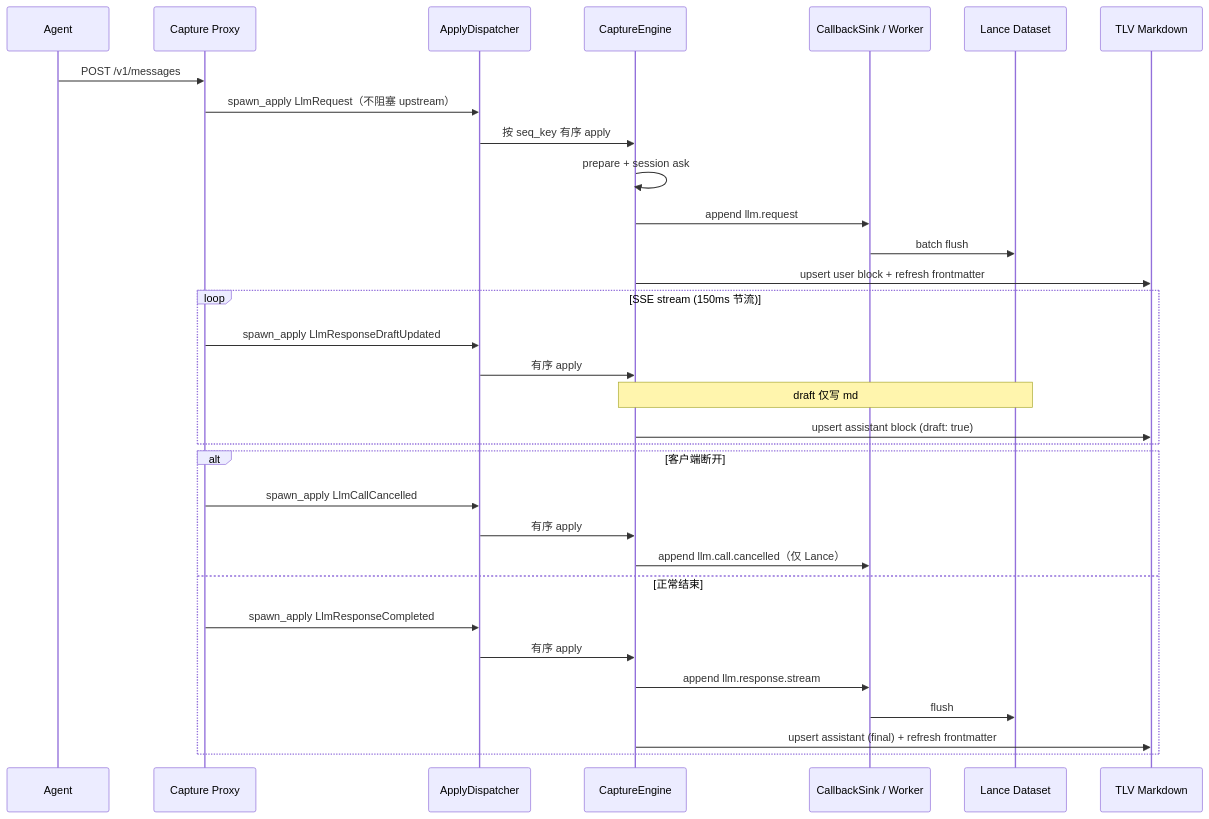
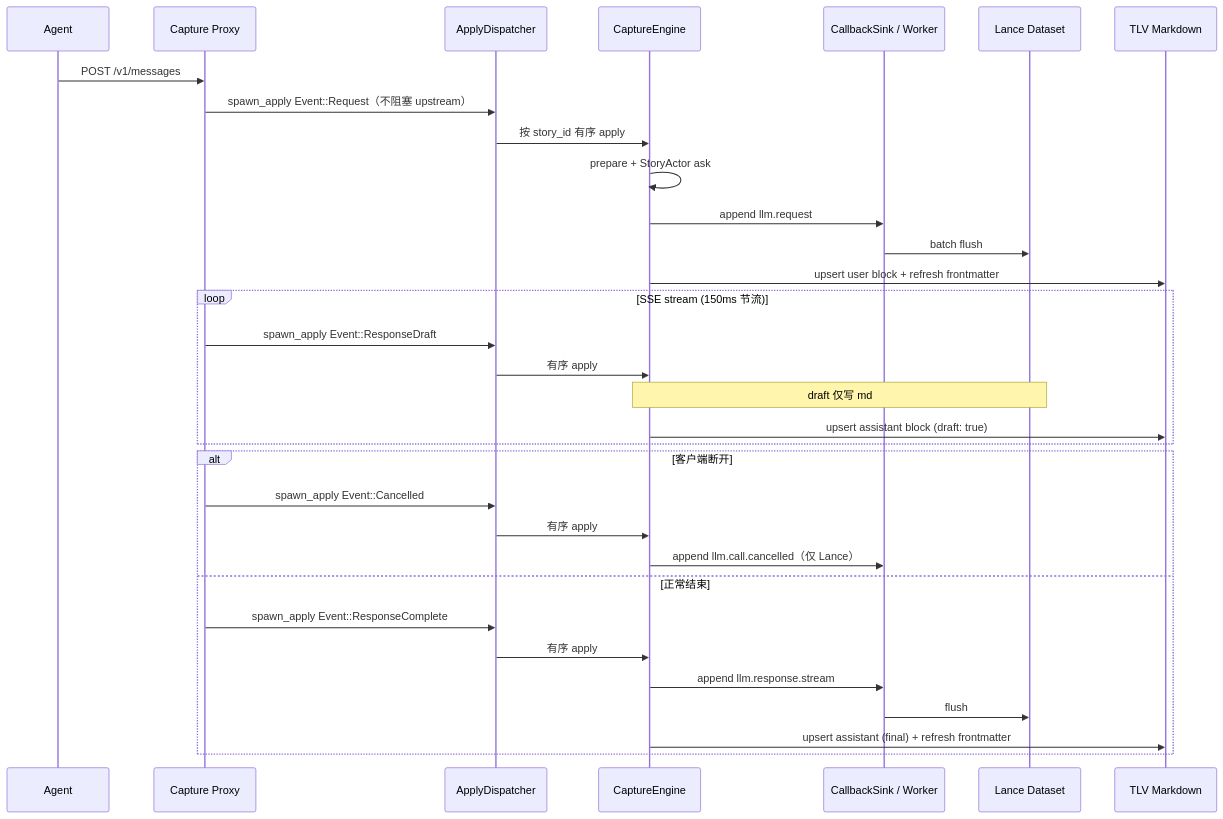
One commit to DeepLink-org/Persisting changed the second of 5 diagrams in docs/src/design/trajectory_storage.zh.md. Above: the diagram before and after it, drawn with Mermaid. The commit also changed other lines of this file and 43 other files, not shown here.

````diff
--- a/docs/src/design/trajectory_storage.zh.md
+++ b/docs/src/design/trajectory_storage.zh.md
@@ -103,38 +105,38 @@
 ```mermaid
 sequenceDiagram
     participant Agent
     participant Proxy as Capture Proxy
     participant Queue as ApplyDispatcher
     participant Engine as CaptureEngine
     participant Sink as CallbackSink / Worker
     participant Lance as Lance Dataset
     participant MD as TLV Markdown
 
     Agent->>Proxy: POST /v1/messages
 
-    Proxy->>Queue: spawn_apply LlmRequest（不阻塞 upstream）
-    Queue->>Engine: 按 seq_key 有序 apply
-    Engine->>Engine: prepare + session ask
+    Proxy->>Queue: spawn_apply Event::Request（不阻塞 upstream）
+    Queue->>Engine: 按 story_id 有序 apply
+    Engine->>Engine: prepare + StoryActor ask
     Engine->>Sink: append llm.request
     Sink->>Lance: batch flush
     Engine->>MD: upsert user block + refresh frontmatter
 
     loop SSE stream (150ms 节流)
-        Proxy->>Queue: spawn_apply LlmResponseDraftUpdated
+        Proxy->>Queue: spawn_apply Event::ResponseDraft
         Queue->>Engine: 有序 apply
         Note over Engine,Lance: draft 仅写 md
         Engine->>MD: upsert assistant block (draft: true)
     end
 
     alt 客户端断开
-        Proxy->>Queue: spawn_apply LlmCallCancelled
+        Proxy->>Queue: spawn_apply Event::Cancelled
         Queue->>Engine: 有序 apply
         Engine->>Sink: append llm.call.cancelled（仅 Lance）
     else 正常结束
-        Proxy->>Queue: spawn_apply LlmResponseCompleted
+        Proxy->>Queue: spawn_apply Event::ResponseComplete
         Queue->>Engine: 有序 apply
         Engine->>Sink: append llm.response.stream
         Sink->>Lance: flush
         Engine->>MD: upsert assistant (final) + refresh frontmatter
     end
 ```
````
